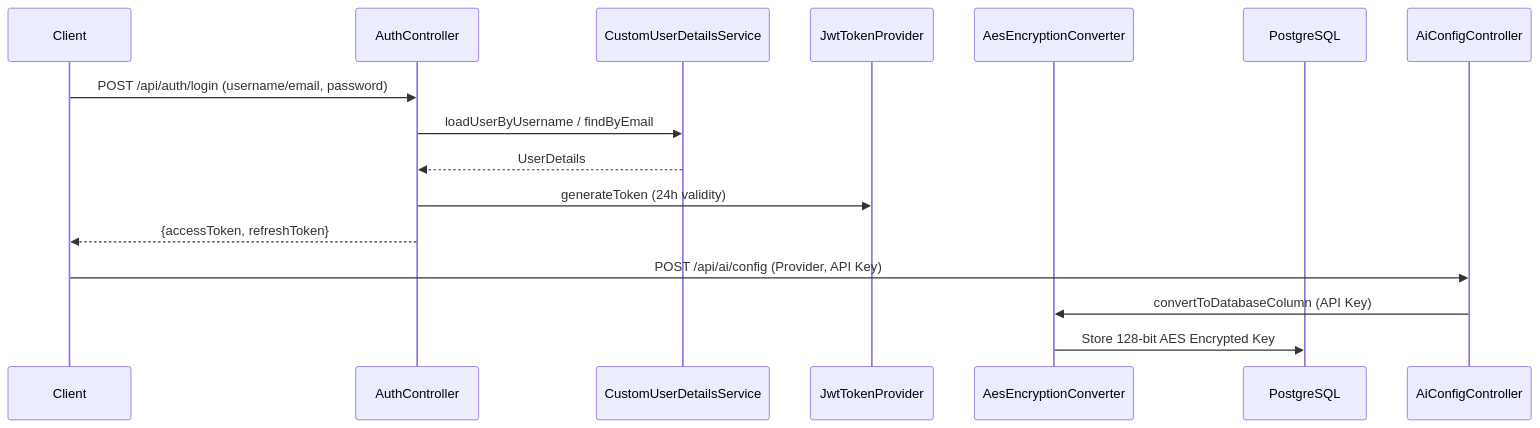
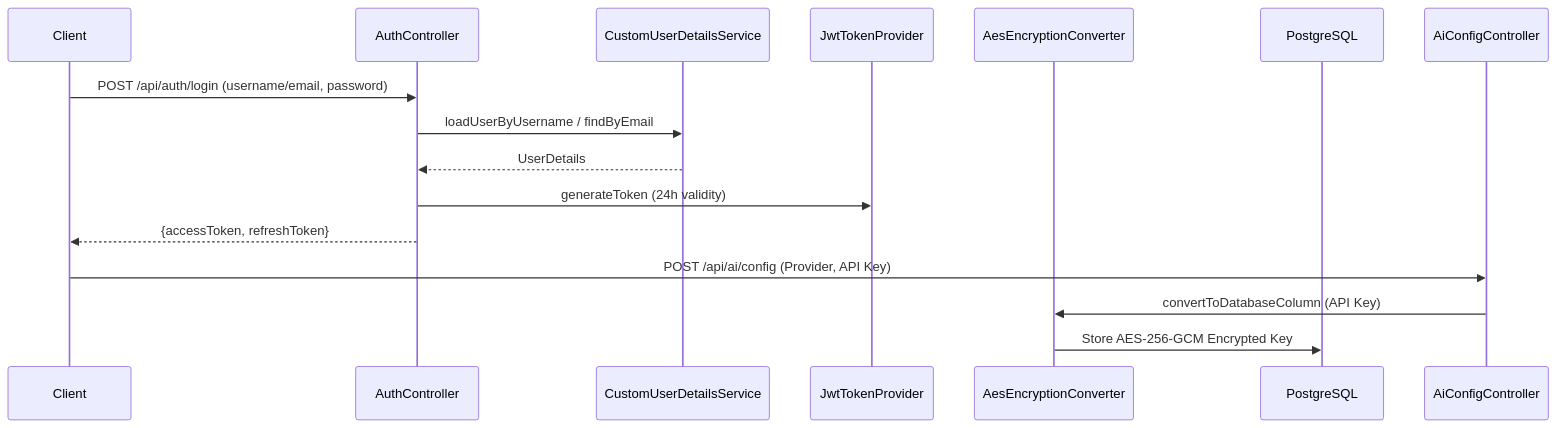
The second of 3 diagrams in Architecture.md (Dheerajdvn/AI-School-Management-System), drawn with Mermaid before and after one commit. The commit also changed other lines of this file and 87 other files, not shown here.

````diff
--- a/Architecture.md
+++ b/Architecture.md
@@ -77,18 +77,18 @@
 ```mermaid
 sequenceDiagram
     participant Client
     participant AuthController
     participant CustomUserDetailsService
     participant JwtTokenProvider
     participant AesEncryptionConverter
     participant PostgreSQL
 
     Client->>AuthController: POST /api/auth/login (username/email, password)
     AuthController->>CustomUserDetailsService: loadUserByUsername / findByEmail
     CustomUserDetailsService-->>AuthController: UserDetails
     AuthController->>JwtTokenProvider: generateToken (24h validity)
     AuthController-->>Client: {accessToken, refreshToken}
     Client->>AiConfigController: POST /api/ai/config (Provider, API Key)
     AiConfigController->>AesEncryptionConverter: convertToDatabaseColumn (API Key)
-    AesEncryptionConverter->>PostgreSQL: Store 128-bit AES Encrypted Key
+    AesEncryptionConverter->>PostgreSQL: Store AES-256-GCM Encrypted Key
 ```
````
